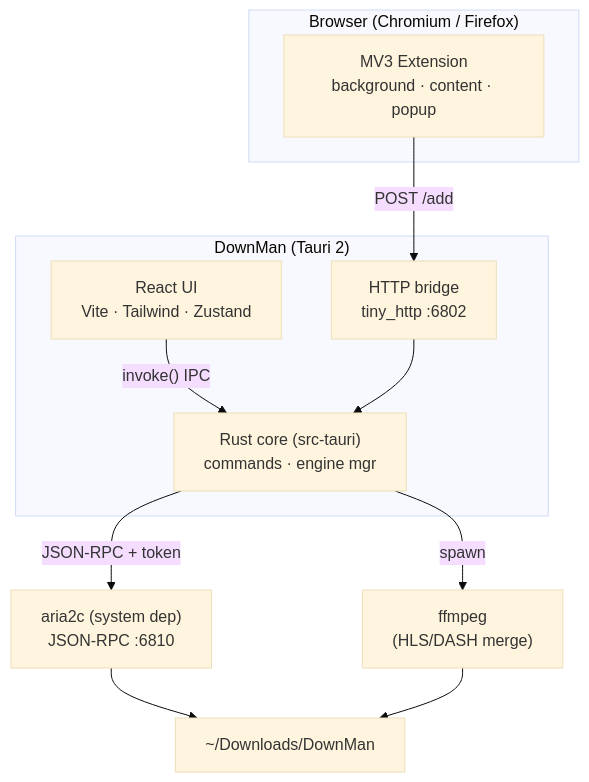
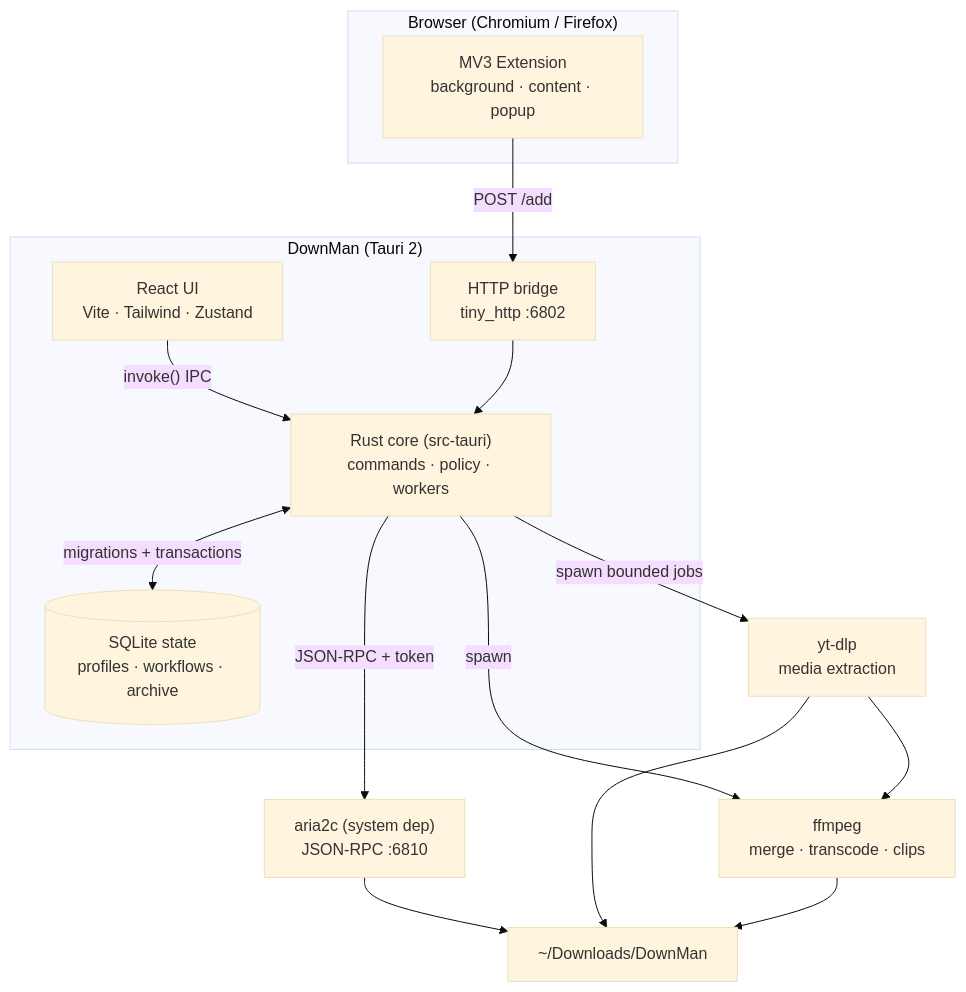
Before and after one commit to rai-himanshu07/DownMan: the first of 2 diagrams in docs/ARCHITECTURE.md, drawn with Mermaid (base theme). The commit also changed other lines of this file and 49 other files, not shown here.

````diff
--- a/docs/ARCHITECTURE.md
+++ b/docs/ARCHITECTURE.md
@@ -8,24 +10,30 @@
 ```mermaid
 flowchart TB
     subgraph Browser["Browser (Chromium / Firefox)"]
         EXT["MV3 Extension<br/>background · content · popup"]
     end
 
     subgraph App["DownMan (Tauri 2)"]
         UI["React UI<br/>Vite · Tailwind · Zustand"]
-        CORE["Rust core (src-tauri)<br/>commands · engine mgr"]
+        CORE["Rust core (src-tauri)<br/>commands · policy · workers"]
         BRIDGE["HTTP bridge<br/>tiny_http :6802"]
+        DB[("SQLite state<br/>profiles · workflows · archive")]
     end
 
     ENGINE["aria2c (system dep)<br/>JSON-RPC :6810"]
-    FFMPEG["ffmpeg<br/>(HLS/DASH merge)"]
+    YTDLP["yt-dlp<br/>media extraction"]
+    FFMPEG["ffmpeg<br/>merge · transcode · clips"]
     FS["~/Downloads/DownMan"]
 
     UI -->|"invoke() IPC"| CORE
     EXT -->|"POST /add"| BRIDGE
     BRIDGE --> CORE
+    CORE <-->|"migrations + transactions"| DB
     CORE -->|"JSON-RPC + token"| ENGINE
+    CORE -->|"spawn bounded jobs"| YTDLP
     CORE -->|"spawn"| FFMPEG
+    YTDLP --> FFMPEG
     ENGINE --> FS
+    YTDLP --> FS
     FFMPEG --> FS
 ```
````
